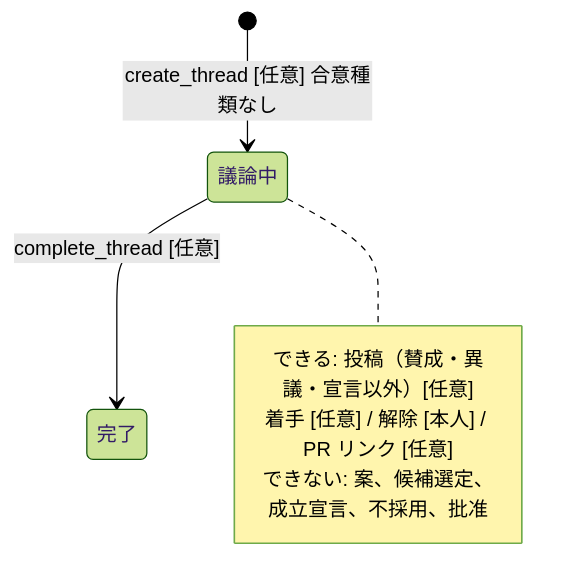
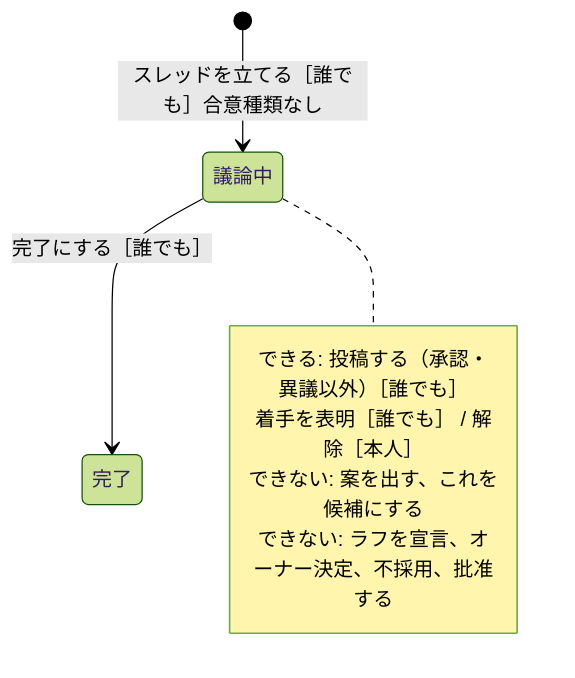
The eighth of 13 diagrams in docs/03-thread-state-machines.md (hskksk/comitia), drawn with Mermaid (forest theme) before and after one commit. The commit also changed other lines of this file, not shown here.

First line of the commit message:
docs(03): 状態遷移図のラベルを画面の文言に合わせる

````diff
--- a/docs/03-thread-state-machines.md
+++ b/docs/03-thread-state-machines.md
@@ -193,15 +221,16 @@
 ```mermaid
 stateDiagram-v2
     state "議論中" as discussing
     state "完了" as completed
 
-    [*] --> discussing: create_thread [任意] 合意種類なし
+    [*] --> discussing: スレッドを立てる［誰でも］合意種類なし
 
-    discussing --> completed: complete_thread [任意]
+    discussing --> completed: 完了にする［誰でも］
 
     note right of discussing
-      できる: 投稿（賛成・異議・宣言以外）[任意]
-      着手 [任意] / 解除 [本人] / PR リンク [任意]
-      できない: 案、候補選定、成立宣言、不採用、批准
+      できる: 投稿する（承認・異議以外）［誰でも］
+      着手を表明［誰でも］ / 解除［本人］
+      できない: 案を出す、これを候補にする
+      できない: ラフを宣言、オーナー決定、不採用、批准する
     end note
 ```
````
